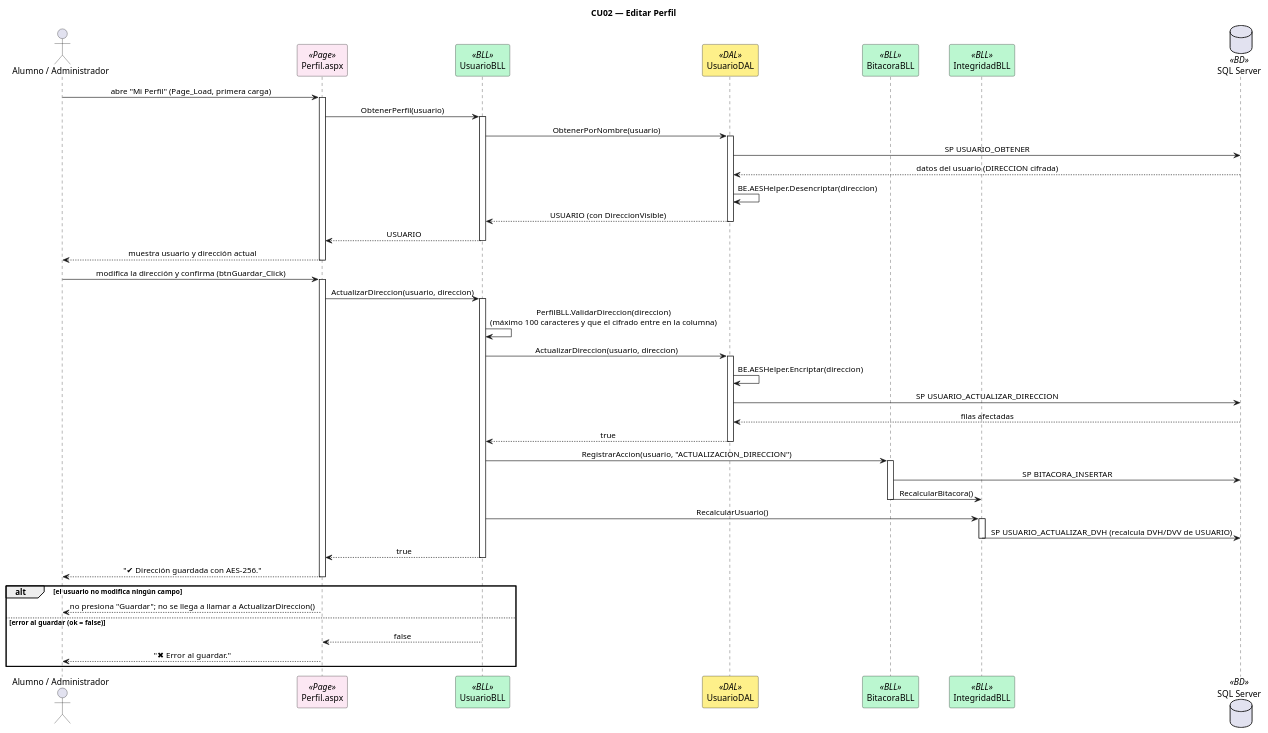
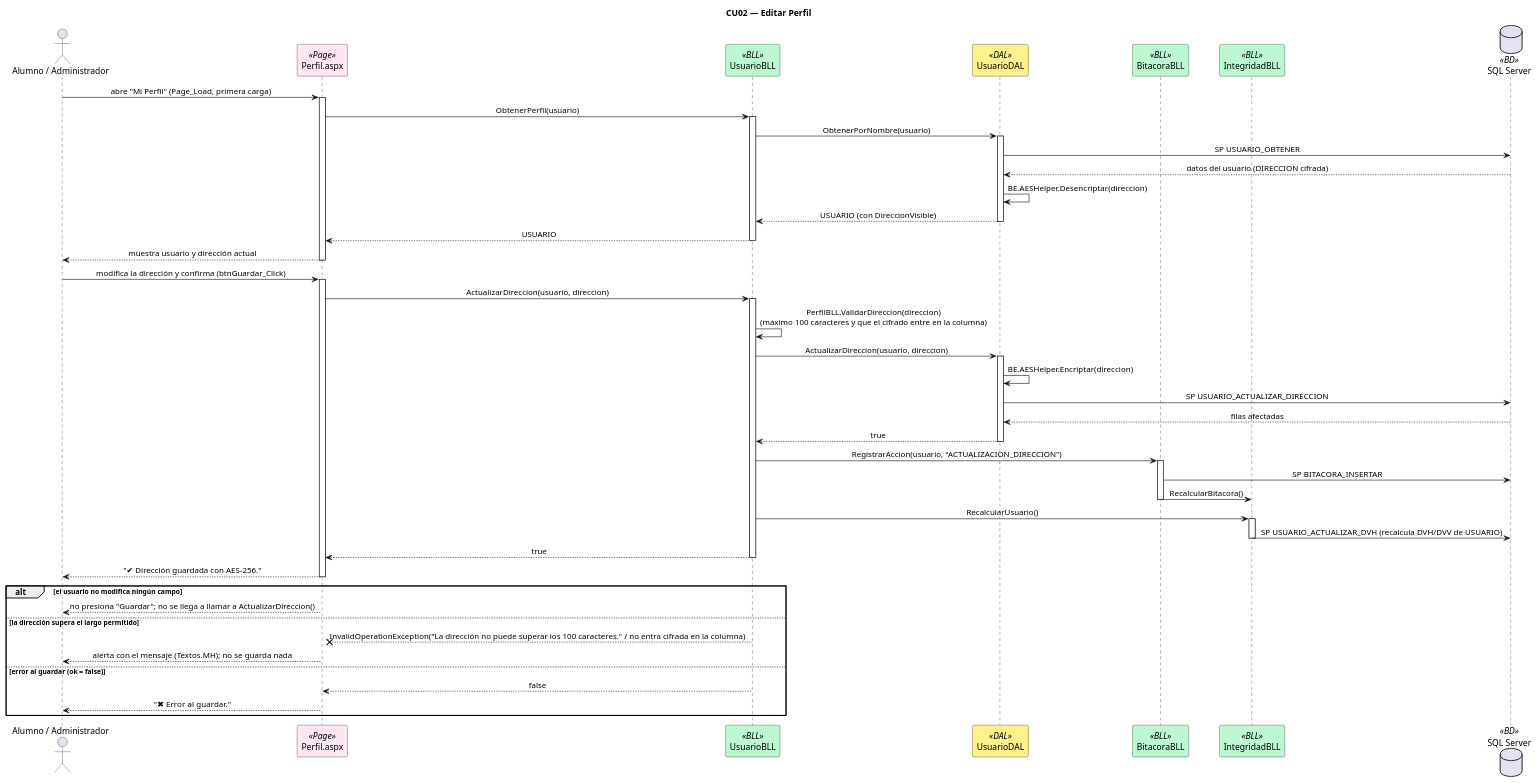
The diagram in DIAGRAMAS/Secuencia_CU02_EditarPerfil.puml (Urrels/tpDYAWeb), drawn with PlantUML before and after one commit. The commit also changed 16 other files, not shown here.

Commit message:
docs(casos-de-uso): rehacer CasosDeUso.docx con los 27 casos de uso vigentes y actualizar secuencias restantes

```diff
--- a/DIAGRAMAS/Secuencia_CU02_EditarPerfil.puml
+++ b/DIAGRAMAS/Secuencia_CU02_EditarPerfil.puml
@@ -1,72 +1,75 @@
 @startuml Secuencia_CU02_EditarPerfil
 title CU02 — Editar Perfil
 skinparam sequenceMessageAlign center
 skinparam shadowing false
 skinparam sequenceParticipant {
     BackgroundColor<<Page>> #FCE7F3
     BackgroundColor<<BLL>> #BBF7D0
     BackgroundColor<<DAL>> #FEF08A
     BackgroundColor<<BD>> #DBEAFE
 }
 
 actor "Alumno / Administrador" as A
 participant "Perfil.aspx" as PAGE <<Page>>
 participant "UsuarioBLL" as BLL <<BLL>>
 participant "UsuarioDAL" as DAL <<DAL>>
 participant "BitacoraBLL" as BIT <<BLL>>
 participant "IntegridadBLL" as INT <<BLL>>
 database "SQL Server" as DB <<BD>>
 
 A -> PAGE : abre "Mi Perfil" (Page_Load, primera carga)
 activate PAGE
 PAGE -> BLL : ObtenerPerfil(usuario)
 activate BLL
 BLL -> DAL : ObtenerPorNombre(usuario)
 activate DAL
 DAL -> DB : SP USUARIO_OBTENER
 DB --> DAL : datos del usuario (DIRECCION cifrada)
 DAL -> DAL : BE.AESHelper.Desencriptar(direccion)
 DAL --> BLL : USUARIO (con DireccionVisible)
 deactivate DAL
 BLL --> PAGE : USUARIO
 deactivate BLL
 PAGE --> A : muestra usuario y dirección actual
 deactivate PAGE
 
 A -> PAGE : modifica la dirección y confirma (btnGuardar_Click)
 activate PAGE
 PAGE -> BLL : ActualizarDireccion(usuario, direccion)
 activate BLL
 BLL -> BLL : PerfilBLL.ValidarDireccion(direccion)\n(máximo 100 caracteres y que el cifrado entre en la columna)
 BLL -> DAL : ActualizarDireccion(usuario, direccion)
 activate DAL
 DAL -> DAL : BE.AESHelper.Encriptar(direccion)
 DAL -> DB : SP USUARIO_ACTUALIZAR_DIRECCION
 DB --> DAL : filas afectadas
 DAL --> BLL : true
 deactivate DAL
 
 BLL -> BIT : RegistrarAccion(usuario, "ACTUALIZACION_DIRECCION")
 activate BIT
 BIT -> DB : SP BITACORA_INSERTAR
 BIT -> INT : RecalcularBitacora()
 deactivate BIT
 
 BLL -> INT : RecalcularUsuario()
 activate INT
 INT -> DB : SP USUARIO_ACTUALIZAR_DVH (recalcula DVH/DVV de USUARIO)
 deactivate INT
 
 BLL --> PAGE : true
 deactivate BLL
 PAGE --> A : "✔ Dirección guardada con AES-256."
 deactivate PAGE
 
 alt el usuario no modifica ningún campo
   PAGE --> A : no presiona "Guardar"; no se llega a llamar a ActualizarDireccion()
+else la dirección supera el largo permitido
+  BLL --x PAGE : InvalidOperationException("La dirección no puede superar los 100 caracteres." / no entra cifrada en la columna)
+  PAGE --> A : alerta con el mensaje (Textos.MH); no se guarda nada
 else error al guardar (ok = false)
   BLL --> PAGE : false
   PAGE --> A : "✖ Error al guardar."
 end
 
 @enduml
```
